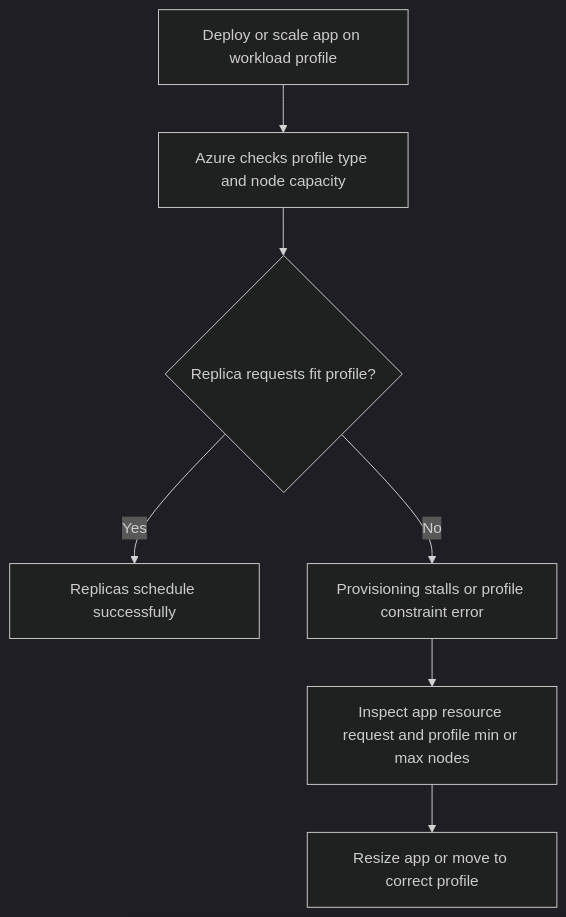
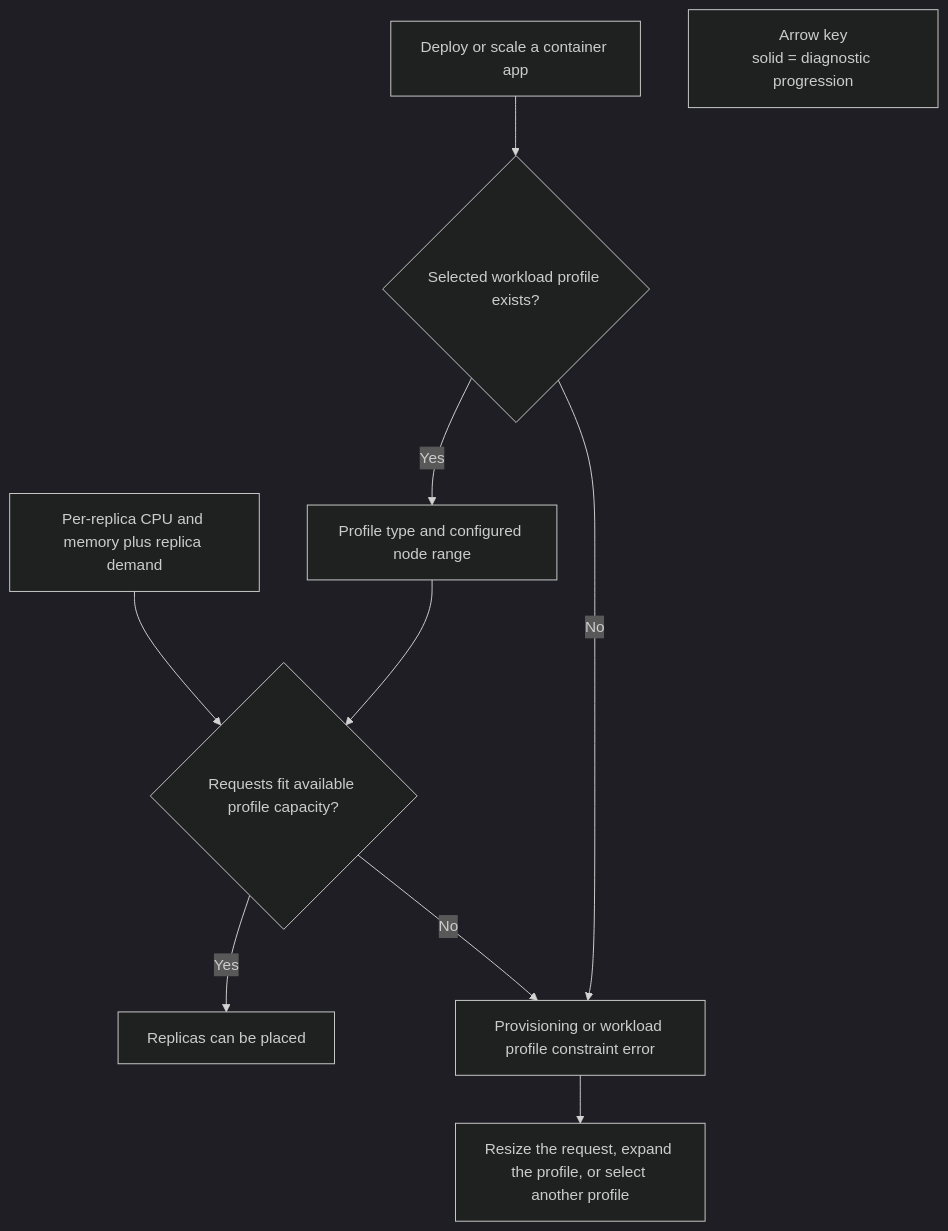
One commit to yeongseon/azure-container-apps-practical-guide changed the diagram in docs/troubleshooting/playbooks/cost-and-quota/workload-profile-mismatch.md. Above: the diagram before and after it, drawn with Mermaid (dark theme). The commit also changed other lines of this file and 23 other files, not shown here.

First line of the commit message:
docs(diagrams): migrate troubleshooting playbook diagrams (#626)

````diff
--- a/docs/troubleshooting/playbooks/cost-and-quota/workload-profile-mismatch.md
+++ b/docs/troubleshooting/playbooks/cost-and-quota/workload-profile-mismatch.md
@@ -36,9 +36,25 @@
 ```mermaid
 flowchart TD
-    A[Deploy or scale app on workload profile] --> B[Azure checks profile type and node capacity]
-    B --> C{Replica requests fit profile?}
-    C -->|Yes| D[Replicas schedule successfully]
-    C -->|No| E[Provisioning stalls or profile constraint error]
-    E --> F[Inspect app resource request and profile min or max nodes]
-    F --> G[Resize app or move to correct profile]
+    accTitle: Diagnose workload profile placement constraints
+    accDescr: Compare a container app's selected profile and replica resource requests with the profile type and configured node range.
+
+    REQUEST[Deploy or scale a container app]
+    SELECTED{Selected workload profile exists?}
+    PROFILE[Profile type and configured node range]
+    DEMAND[Per-replica CPU and memory plus replica demand]
+    FIT{Requests fit available profile capacity?}
+    PLACED[Replicas can be placed]
+    CONSTRAINT[Provisioning or workload profile constraint error]
+    ACTION[Resize the request, expand the profile, or select another profile]
+
+    REQUEST --> SELECTED
+    SELECTED -->|No| CONSTRAINT
+    SELECTED -->|Yes| PROFILE
+    PROFILE --> FIT
+    DEMAND --> FIT
+    FIT -->|Yes| PLACED
+    FIT -->|No| CONSTRAINT
+    CONSTRAINT --> ACTION
+
+    LEGEND["Arrow key<br/>solid = diagnostic progression"]
 ```
````
